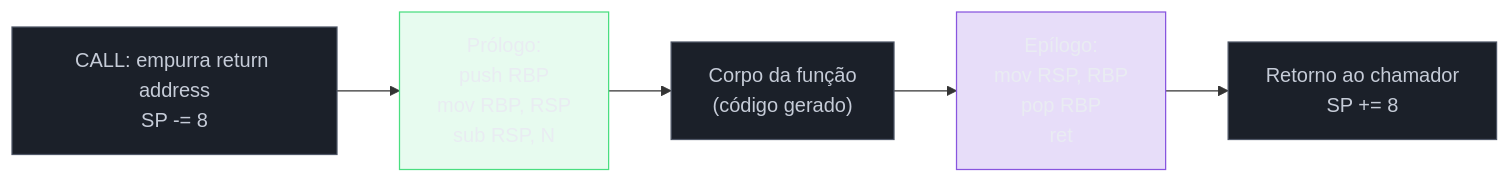
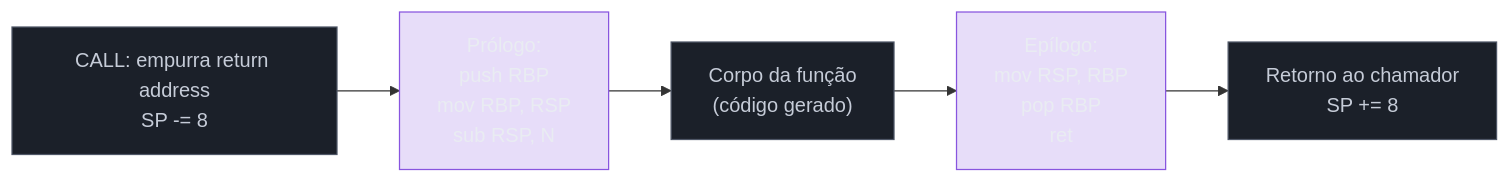
Before and after one commit to josenaldo/codex-technomanticus: the third of 5 diagrams in 03-Dominios/Ciência/Compiladores e Linguagens/15 - Runtime, stack frames e gestão de memória.md, drawn with Mermaid. The commit also changed other lines of this file and 601 other files, not shown here.

````diff
--- a/03-Dominios/Ciência/Compiladores e Linguagens/15 - Runtime, stack frames e gestão de memória.md
+++ b/03-Dominios/Ciência/Compiladores e Linguagens/15 - Runtime, stack frames e gestão de memória.md
@@ -134,16 +134,15 @@
 ```mermaid
 flowchart LR
     classDef neutro fill:#1B2029,stroke:#4E5666,color:#C6CCD8
-    classDef ok fill:#4ADE8021,stroke:#4ADE80,color:#E9ECF2
     classDef marca fill:#8855DF33,stroke:#8855DF,color:#E9ECF2
     A["CALL: empurra return address\nSP -= 8"] --> B["Prólogo:\npush RBP\nmov RBP, RSP\nsub RSP, N"]
     B --> C["Corpo da função\n(código gerado)"]
     C --> D["Epílogo:\nmov RSP, RBP\npop RBP\nret"]
     D --> E["Retorno ao chamador\nSP += 8"]
 
     class A neutro
-    class B ok
+    class B marca
     class C neutro
     class D marca
     class E neutro
 ```
````
